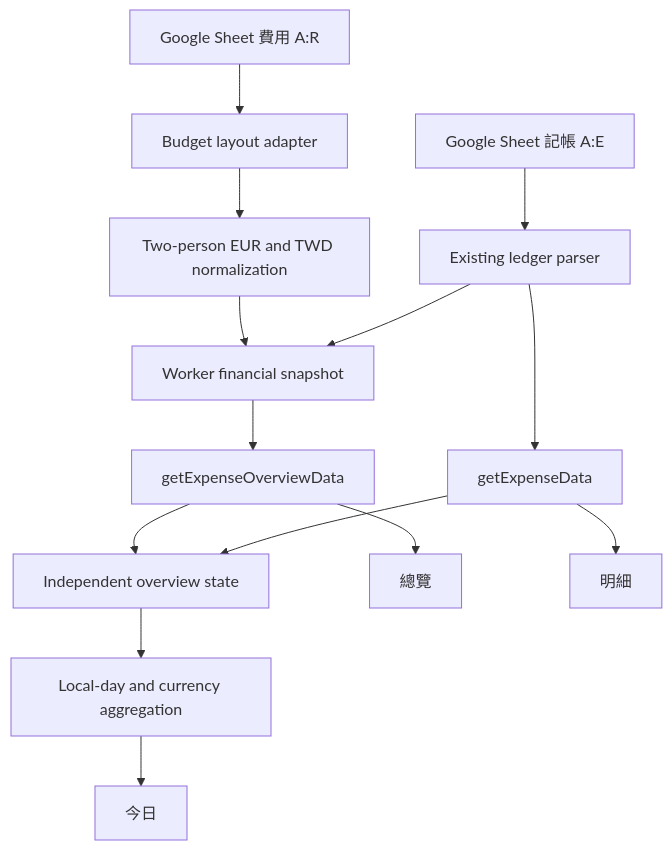
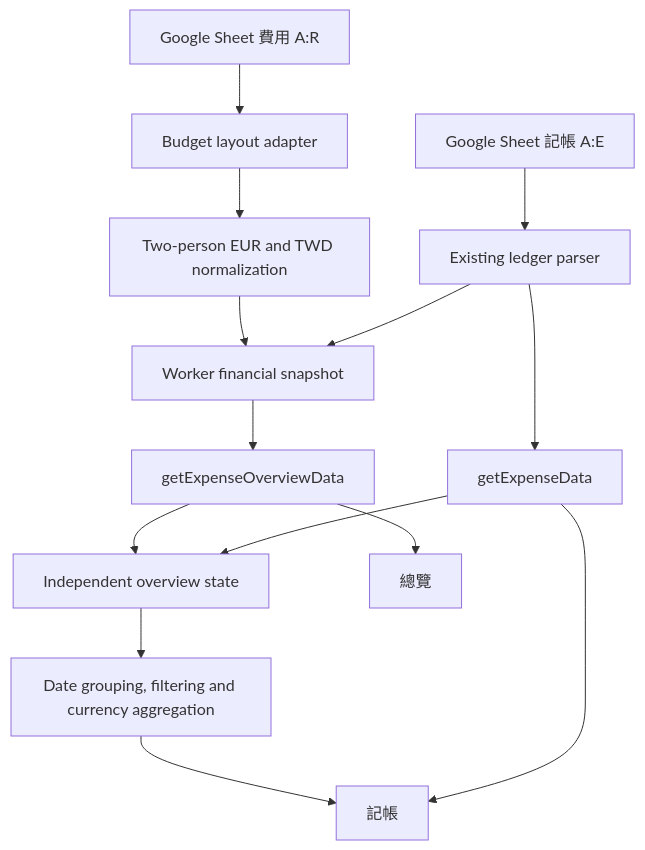
Before and after one commit to weiyuan1993/honeymoon-journal: the second of 2 diagrams in docs/plans/2026-07-31-001-feat-expense-dashboard-plan.md, drawn with Mermaid. The commit also changed other lines of this file and 9 other files, not shown here.

First line of the commit message:
feat(expense): simplify ledger and sync paid overview

````diff
--- a/docs/plans/2026-07-31-001-feat-expense-dashboard-plan.md
+++ b/docs/plans/2026-07-31-001-feat-expense-dashboard-plan.md
@@ -164,16 +159,16 @@
 ```mermaid
 flowchart TB
   SheetLedger["Google Sheet 記帳 A:E"] --> LedgerParser["Existing ledger parser"]
   SheetBudget["Google Sheet 費用 A:R"] --> BudgetParser["Budget layout adapter"]
   BudgetParser --> Normalize["Two-person EUR and TWD normalization"]
   Normalize --> OverviewCalc["Worker financial snapshot"]
   LedgerParser --> OverviewCalc
   OverviewCalc --> OverviewAPI["getExpenseOverviewData"]
   LedgerParser --> LedgerAPI["getExpenseData"]
   OverviewAPI --> ExpensePage["Independent overview state"]
   LedgerAPI --> ExpensePage
-  ExpensePage --> DailyCalc["Local-day and currency aggregation"]
-  DailyCalc --> TodayTab["今日"]
+  ExpensePage --> LedgerCalc["Date grouping, filtering and currency aggregation"]
+  LedgerCalc --> LedgerTab["記帳"]
   OverviewAPI --> OverviewTab["總覽"]
-  LedgerAPI --> DetailsTab["明細"]
+  LedgerAPI --> LedgerTab
 ```
````
